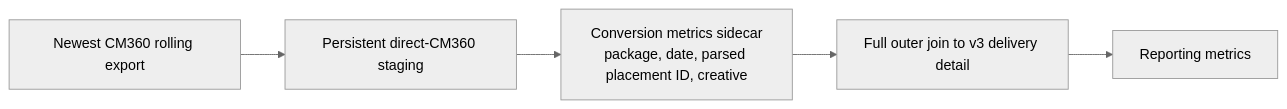
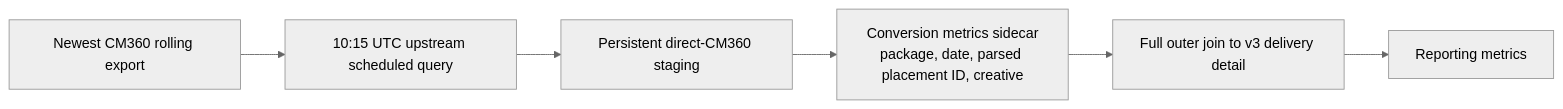
Before and after one commit to genetsen/looker_personal: the diagram in master_data_model/docs/rtl-direct-cm360-conversion-migration.md, drawn with Mermaid (neutral theme). The commit also changed other lines of this file and 6 other files, not shown here.

````diff
--- a/master_data_model/docs/rtl-direct-cm360-conversion-migration.md
+++ b/master_data_model/docs/rtl-direct-cm360-conversion-migration.md
@@ -37,7 +41,8 @@
 ```mermaid
 flowchart LR
-  A["Newest CM360 rolling export"] --> B["Persistent direct-CM360 staging"]
-  B --> C["Conversion metrics sidecar\npackage, date, parsed placement ID, creative"]
-  C --> D["Full outer join to v3 delivery detail"]
-  D --> E["Reporting metrics"]
+  A["Newest CM360 rolling export"] --> B["10:15 UTC upstream scheduled query"]
+  B --> C["Persistent direct-CM360 staging"]
+  C --> D["Conversion metrics sidecar\npackage, date, parsed placement ID, creative"]
+  D --> E["Full outer join to v3 delivery detail"]
+  E --> F["Reporting metrics"]
 ```
````
